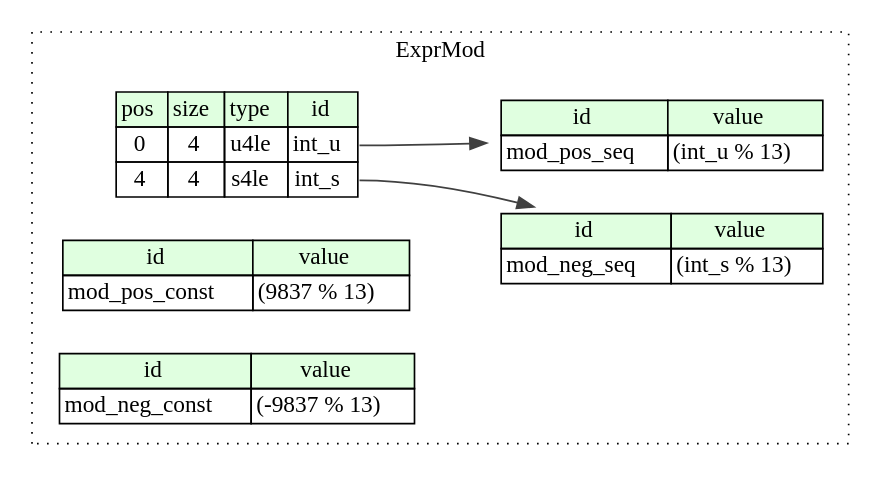
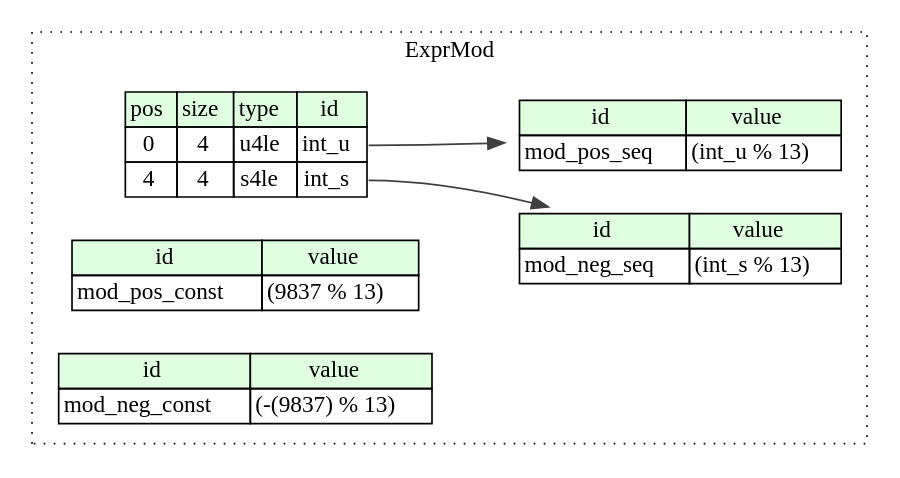
The diagram in compiled/graphviz/expr_mod.dot (kaitai-io/ci_targets), drawn with Graphviz before and after one commit. The commit also changed 1059 other files, not shown here.

```diff
--- a/compiled/graphviz/expr_mod.dot
+++ b/compiled/graphviz/expr_mod.dot
@@ -1,32 +1,32 @@
 digraph {
 	rankdir=LR;
 	node [shape=plaintext];
 	subgraph cluster__expr_mod {
 		label="ExprMod";
 		graph[style=dotted];
 
 		expr_mod__seq [label=<<TABLE BORDER="0" CELLBORDER="1" CELLSPACING="0">
 			<TR><TD BGCOLOR="#E0FFE0">pos</TD><TD BGCOLOR="#E0FFE0">size</TD><TD BGCOLOR="#E0FFE0">type</TD><TD BGCOLOR="#E0FFE0">id</TD></TR>
 			<TR><TD PORT="int_u_pos">0</TD><TD PORT="int_u_size">4</TD><TD>u4le</TD><TD PORT="int_u_type">int_u</TD></TR>
 			<TR><TD PORT="int_s_pos">4</TD><TD PORT="int_s_size">4</TD><TD>s4le</TD><TD PORT="int_s_type">int_s</TD></TR>
 		</TABLE>>];
 		expr_mod__inst__mod_pos_const [label=<<TABLE BORDER="0" CELLBORDER="1" CELLSPACING="0">
 			<TR><TD BGCOLOR="#E0FFE0">id</TD><TD BGCOLOR="#E0FFE0">value</TD></TR>
 			<TR><TD>mod_pos_const</TD><TD>(9837 % 13)</TD></TR>
 		</TABLE>>];
 		expr_mod__inst__mod_neg_const [label=<<TABLE BORDER="0" CELLBORDER="1" CELLSPACING="0">
 			<TR><TD BGCOLOR="#E0FFE0">id</TD><TD BGCOLOR="#E0FFE0">value</TD></TR>
-			<TR><TD>mod_neg_const</TD><TD>(-9837 % 13)</TD></TR>
+			<TR><TD>mod_neg_const</TD><TD>(-(9837) % 13)</TD></TR>
 		</TABLE>>];
 		expr_mod__inst__mod_pos_seq [label=<<TABLE BORDER="0" CELLBORDER="1" CELLSPACING="0">
 			<TR><TD BGCOLOR="#E0FFE0">id</TD><TD BGCOLOR="#E0FFE0">value</TD></TR>
 			<TR><TD>mod_pos_seq</TD><TD>(int_u % 13)</TD></TR>
 		</TABLE>>];
 		expr_mod__inst__mod_neg_seq [label=<<TABLE BORDER="0" CELLBORDER="1" CELLSPACING="0">
 			<TR><TD BGCOLOR="#E0FFE0">id</TD><TD BGCOLOR="#E0FFE0">value</TD></TR>
 			<TR><TD>mod_neg_seq</TD><TD>(int_s % 13)</TD></TR>
 		</TABLE>>];
 	}
 	expr_mod__seq:int_u_type -> expr_mod__inst__mod_pos_seq [color="#404040"];
 	expr_mod__seq:int_s_type -> expr_mod__inst__mod_neg_seq [color="#404040"];
 }
```
